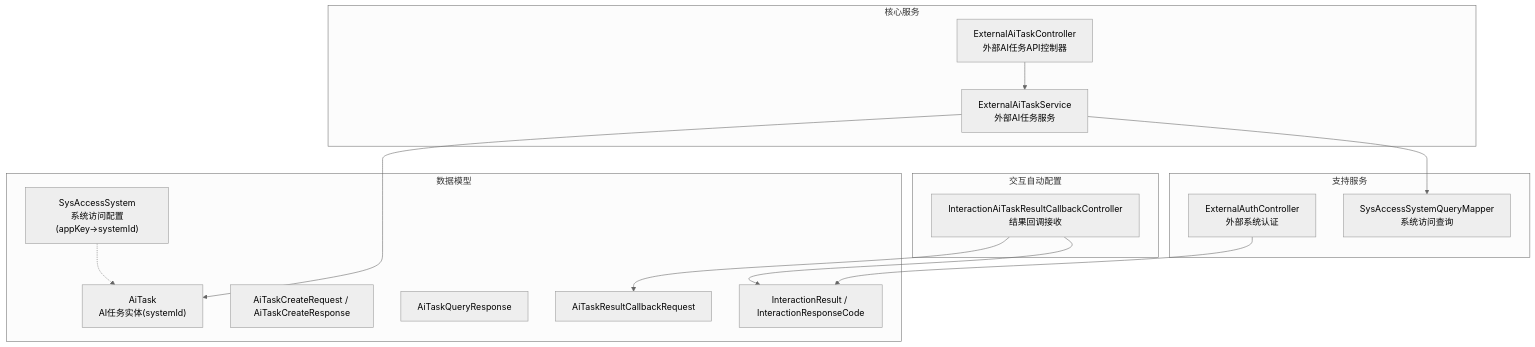
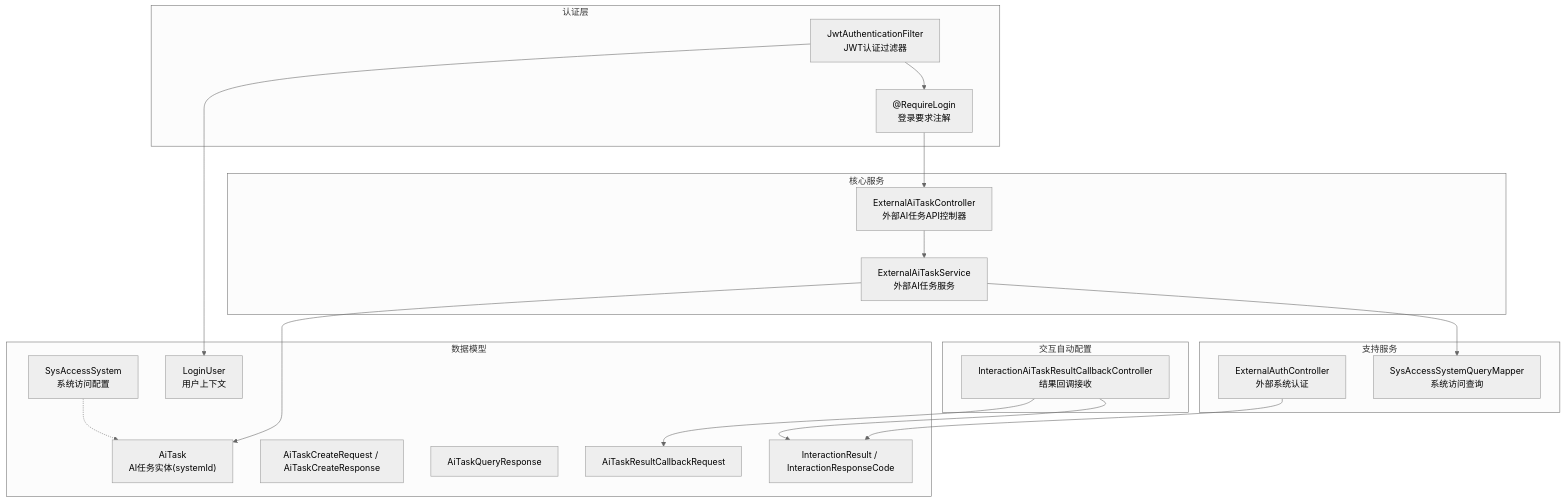
The first of 10 diagrams in .qoder/repowiki/zh/content/API接口文档/外部系统集成API/外部AI任务API.md (DrunkFood/First), drawn with Mermaid (neutral theme) before and after one commit. The commit also changed other lines of this file and 93 other files, not shown here.

````diff
--- a/.qoder/repowiki/zh/content/API接口文档/外部系统集成API/外部AI任务API.md
+++ b/.qoder/repowiki/zh/content/API接口文档/外部系统集成API/外部AI任务API.md
@@ -54,29 +62,37 @@
 ```mermaid
 graph TB
+subgraph "认证层"
+A1["JwtAuthenticationFilter<br/>JWT认证过滤器"]
+A2["@RequireLogin<br/>登录要求注解"]
+end
 subgraph "核心服务"
 C1["ExternalAiTaskController<br/>外部AI任务API控制器"]
 C2["ExternalAiTaskService<br/>外部AI任务服务"]
 end
 subgraph "支持服务"
 S1["ExternalAuthController<br/>外部系统认证"]
 S2["SysAccessSystemQueryMapper<br/>系统访问查询"]
 end
 subgraph "交互自动配置"
 I1["InteractionAiTaskResultCallbackController<br/>结果回调接收"]
 end
 subgraph "数据模型"
 D1["AiTask<br/>AI任务实体(systemId)"]
-D2["SysAccessSystem<br/>系统访问配置(appKey→systemId)"]
+D2["SysAccessSystem<br/>系统访问配置"]
 D3["AiTaskCreateRequest / AiTaskCreateResponse"]
 D4["AiTaskQueryResponse"]
 D5["AiTaskResultCallbackRequest"]
 R1["InteractionResult / InteractionResponseCode"]
+L1["LoginUser<br/>用户上下文"]
 end
+A1 --> A2
+A2 --> C1
 C1 --> C2
 C2 --> S2
 C2 --> D1
 S1 --> R1
 I1 --> D5
 I1 --> R1
 D2 -.-> D1
+A1 --> L1
 ```
````
